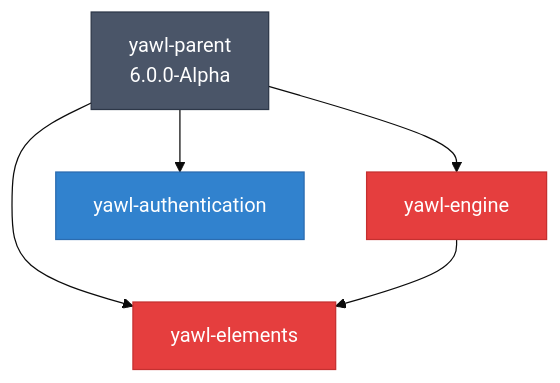
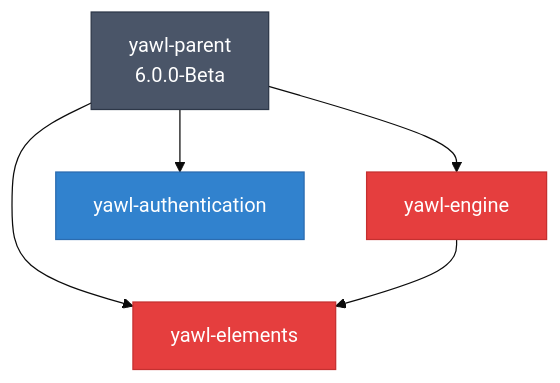
One commit to seanchatmangpt/yawl changed the diagram in docs/v6/OBSERVATORY-GUIDE.md. Above: the diagram before and after it, drawn with Mermaid. The commit also changed 149 other files, not shown here.

First line of the commit message:
chore: bump version from 6.0.0-Alpha to 6.0.0-Beta

````diff
--- a/docs/v6/OBSERVATORY-GUIDE.md
+++ b/docs/v6/OBSERVATORY-GUIDE.md
@@ -435,18 +435,18 @@
 ```mermaid
 %%{ init: { 'theme': 'base', 'themeVariables': { 'primaryColor': '#2d3748' } } }%%
 graph TD
     classDef parent fill:#4a5568,stroke:#2d3748,color:#fff
     classDef fullshared fill:#e53e3e,stroke:#c53030,color:#fff
     classDef pkgscoped fill:#3182ce,stroke:#2b6cb0,color:#fff
 
-    PARENT[yawl-parent<br/>6.0.0-Alpha]:::parent
+    PARENT[yawl-parent<br/>6.0.0-Beta]:::parent
 
     yawl_engine[yawl-engine]:::fullshared
     yawl_elements[yawl-elements]:::fullshared
     yawl_authentication[yawl-authentication]:::pkgscoped
 
     PARENT --> yawl_engine
     PARENT --> yawl_elements
     PARENT --> yawl_authentication
     yawl_engine --> yawl_elements
 ```
````
